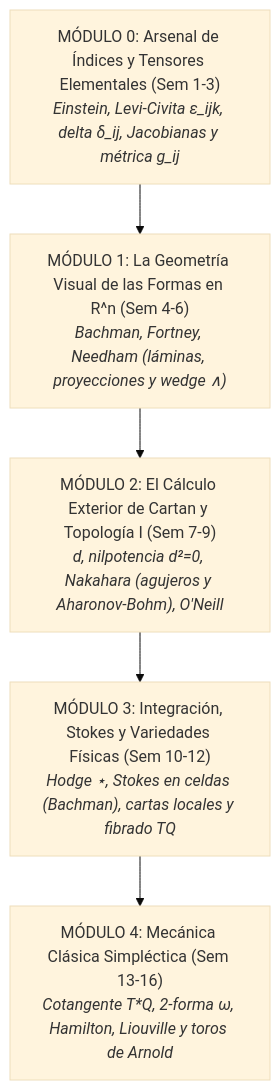
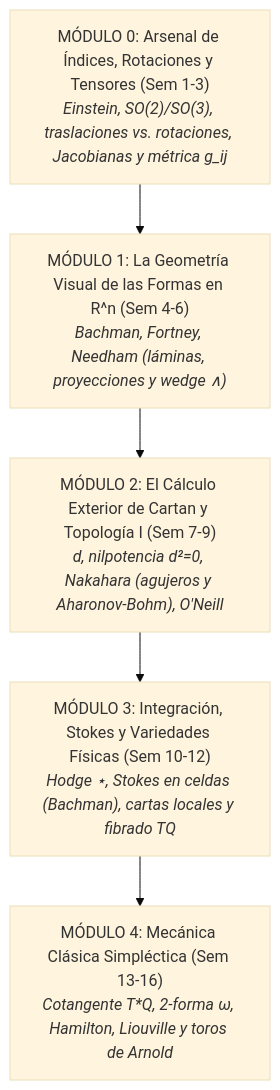
The diagram in README.md (AngelGab3/Geometry_and_Physics), drawn with Mermaid (base theme) before and after one commit. The commit also changed other lines of this file and 3 other files, not shown here.

Commit message:
Integrar el Grupo de Rotaciones SO(2)/SO(3) y Traslaciones en Modulo 0

````diff
--- a/README.md
+++ b/README.md
@@ -69,13 +69,13 @@
 ```mermaid
 flowchart TD
-    M0["MÓDULO 0: Arsenal de Índices y Tensores Elementales (Sem 1-3)<br><i>Einstein, Levi-Civita ε_ijk, delta δ_ij, Jacobianas y métrica g_ij</i>"]
+    M0["MÓDULO 0: Arsenal de Índices, Rotaciones y Tensores (Sem 1-3)<br><i>Einstein, SO(2)/SO(3), traslaciones vs. rotaciones, Jacobianas y métrica g_ij</i>"]
     M1["MÓDULO 1: La Geometría Visual de las Formas en R^n (Sem 4-6)<br><i>Bachman, Fortney, Needham (láminas, proyecciones y wedge ∧)</i>"]
     M2["MÓDULO 2: El Cálculo Exterior de Cartan y Topología I (Sem 7-9)<br><i>d, nilpotencia d²=0, Nakahara (agujeros y Aharonov-Bohm), O'Neill</i>"]
     M3["MÓDULO 3: Integración, Stokes y Variedades Físicas (Sem 10-12)<br><i>Hodge ⋆, Stokes en celdas (Bachman), cartas locales y fibrado TQ</i>"]
     M4["MÓDULO 4: Mecánica Clásica Simpléctica (Sem 13-16)<br><i>Cotangente T*Q, 2-forma ω, Hamilton, Liouville y toros de Arnold</i>"]
 
     M0 --> M1
     M1 --> M2
     M2 --> M3
     M3 --> M4
 ```
````
